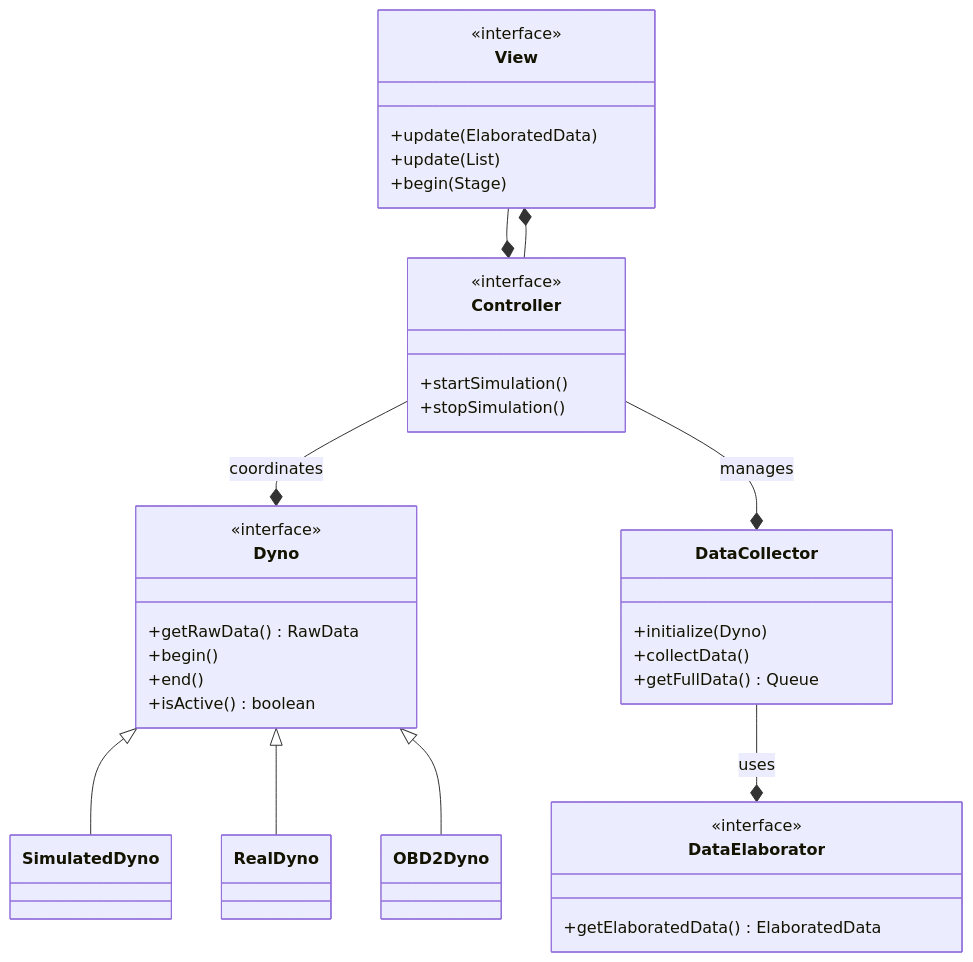
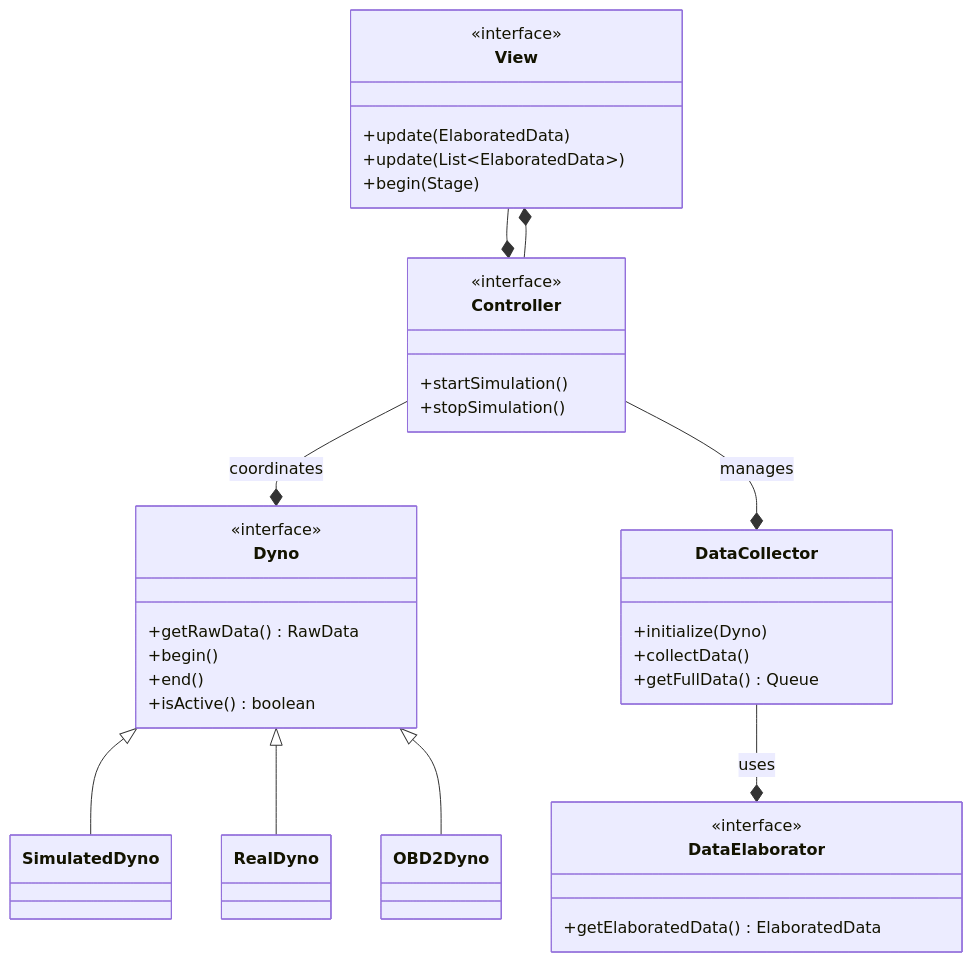
Before and after one commit to unibo-oop-projects/OOP24-Alessandro-CristoferNapolitano-SolarEgg-TodeschiMatteo-java-dyno: the second of 8 diagrams in report.md, drawn with Mermaid.

Commit message:
Report syntax fix

````diff
--- a/report.md
+++ b/report.md
@@ -171,52 +171,52 @@
 ```mermaid
 classDiagram
     class View {
         <<interface>>
         +update(ElaboratedData)
-        +update(List<ElaboratedData>)
+        +update(List~ElaboratedData~)
         +begin(Stage)
     }
     
     class Controller {
         <<interface>>
         +startSimulation()
         +stopSimulation()
     }
     
     class Dyno {
         <<interface>>
         +getRawData() RawData
         +begin()
         +end()
         +isActive() boolean
     }
     
     class DataCollector {
         +initialize(Dyno)
         +collectData()
         +getFullData() Queue
     }
     
     class DataElaborator {
         <<interface>>
         +getElaboratedData() ElaboratedData
     }
     
     class SimulatedDyno {
     }
     
     class RealDyno {
     }
     
     class OBD2Dyno {
     }
 
     View --* Controller
     Controller --* View
     Controller --* Dyno : coordinates
     Controller --* DataCollector : manages
     DataCollector --* DataElaborator : uses
     Dyno <|-- SimulatedDyno
     Dyno <|-- RealDyno
     Dyno <|-- OBD2Dyno
 ```
````
